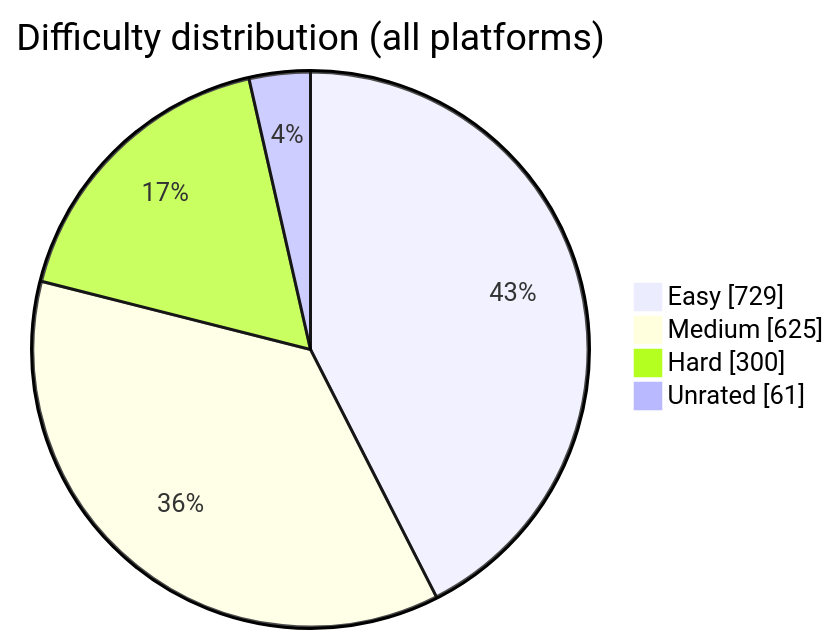
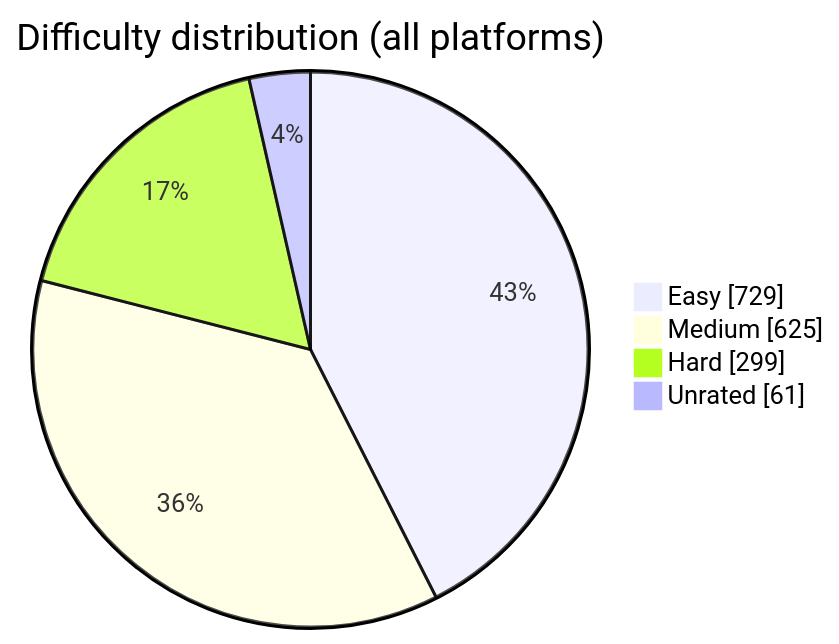
One commit to BuildbyArindam/Daily-Coding-Log changed the diagram in README.md. Above: the diagram before and after it, drawn with Mermaid. The commit also changed other lines of this file, not shown here.

````diff
--- a/README.md
+++ b/README.md
@@ -93,7 +93,7 @@
 ```mermaid
 pie showData title Difficulty distribution (all platforms)
     "Easy" : 729
     "Medium" : 625
-    "Hard" : 300
+    "Hard" : 299
     "Unrated" : 61
 ```
````
